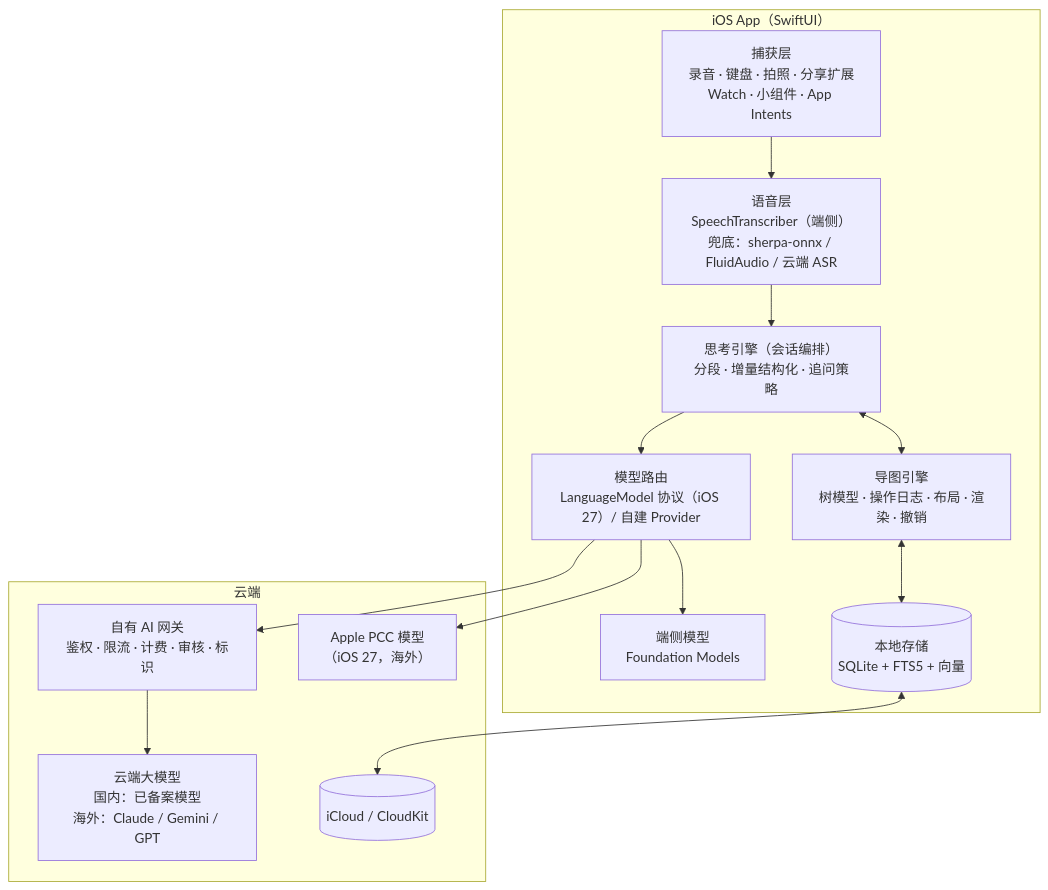
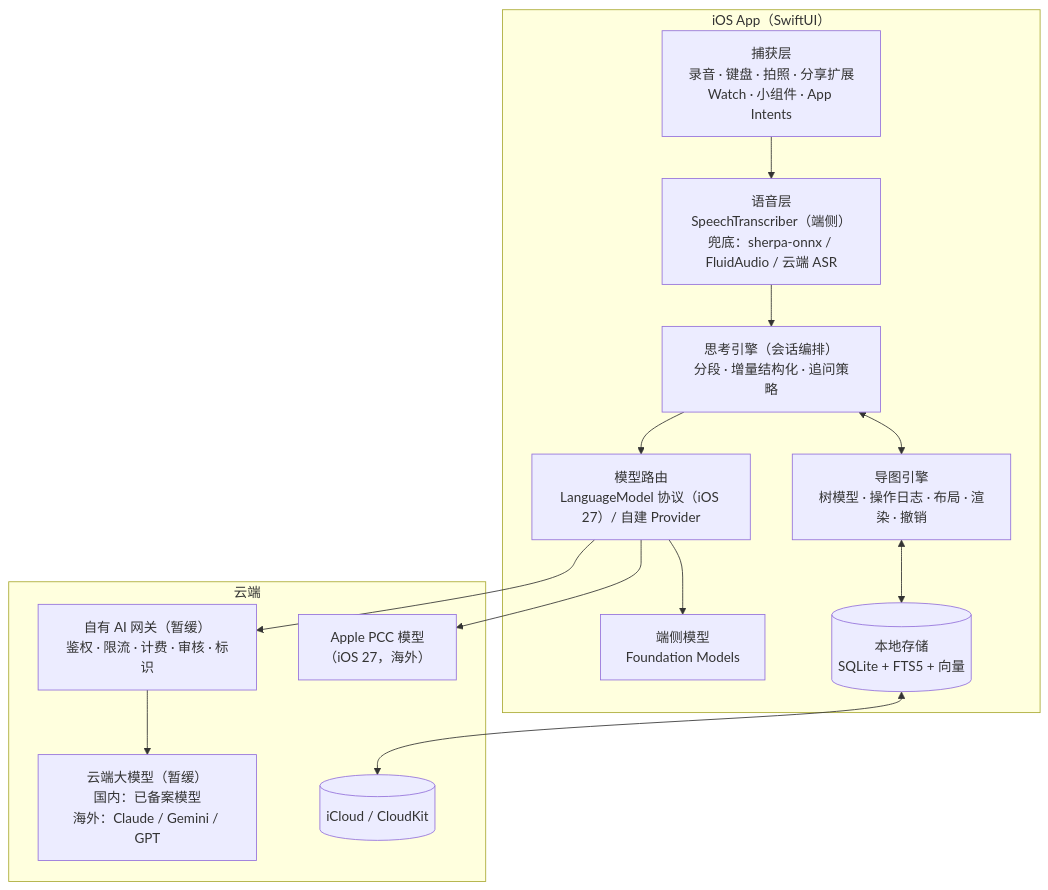
Before and after one commit to bocmiao/Mind: the first of 2 diagrams in docs/06-tech-architecture.md, drawn with Mermaid. The commit also changed other lines of this file and 5 other files, not shown here.

````diff
--- a/docs/06-tech-architecture.md
+++ b/docs/06-tech-architecture.md
@@ -28,26 +30,26 @@
 ```mermaid
 flowchart TB
     subgraph App["iOS App（SwiftUI）"]
         Cap["捕获层<br/>录音 · 键盘 · 拍照 · 分享扩展<br/>Watch · 小组件 · App Intents"]
         ASR["语音层<br/>SpeechTranscriber（端侧）<br/>兜底：sherpa-onnx / FluidAudio / 云端 ASR"]
         Orc["思考引擎（会话编排）<br/>分段 · 增量结构化 · 追问策略"]
         Map["导图引擎<br/>树模型 · 操作日志 · 布局 · 渲染 · 撤销"]
         DB[("本地存储<br/>SQLite + FTS5 + 向量")]
         LLMr["模型路由<br/>LanguageModel 协议（iOS 27）/ 自建 Provider"]
         FM["端侧模型<br/>Foundation Models"]
     end
     subgraph Cloud["云端"]
         PCC["Apple PCC 模型<br/>（iOS 27，海外）"]
-        GW["自有 AI 网关<br/>鉴权 · 限流 · 计费 · 审核 · 标识"]
-        LLMc["云端大模型<br/>国内：已备案模型<br/>海外：Claude / Gemini / GPT"]
+        GW["自有 AI 网关（暂缓）<br/>鉴权 · 限流 · 计费 · 审核 · 标识"]
+        LLMc["云端大模型（暂缓）<br/>国内：已备案模型<br/>海外：Claude / Gemini / GPT"]
         CK[("iCloud / CloudKit")]
     end
     Cap --> ASR --> Orc
     Orc <--> Map
     Map <--> DB
     Orc --> LLMr
     LLMr --> FM
     LLMr --> PCC
     LLMr --> GW --> LLMc
     DB <--> CK
 ```
````
